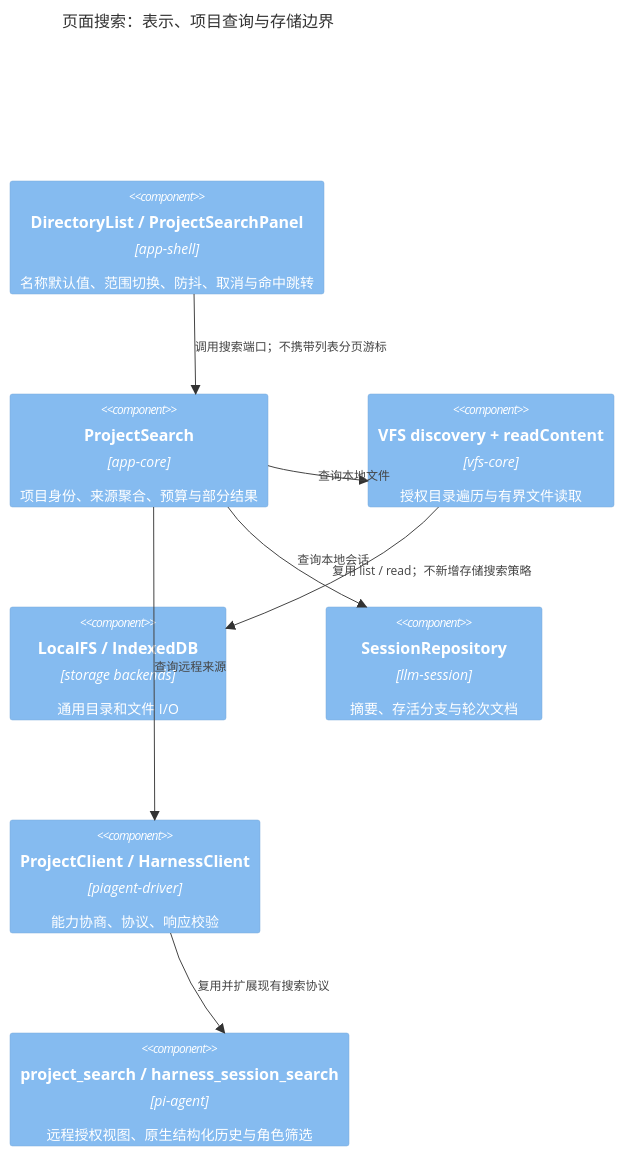
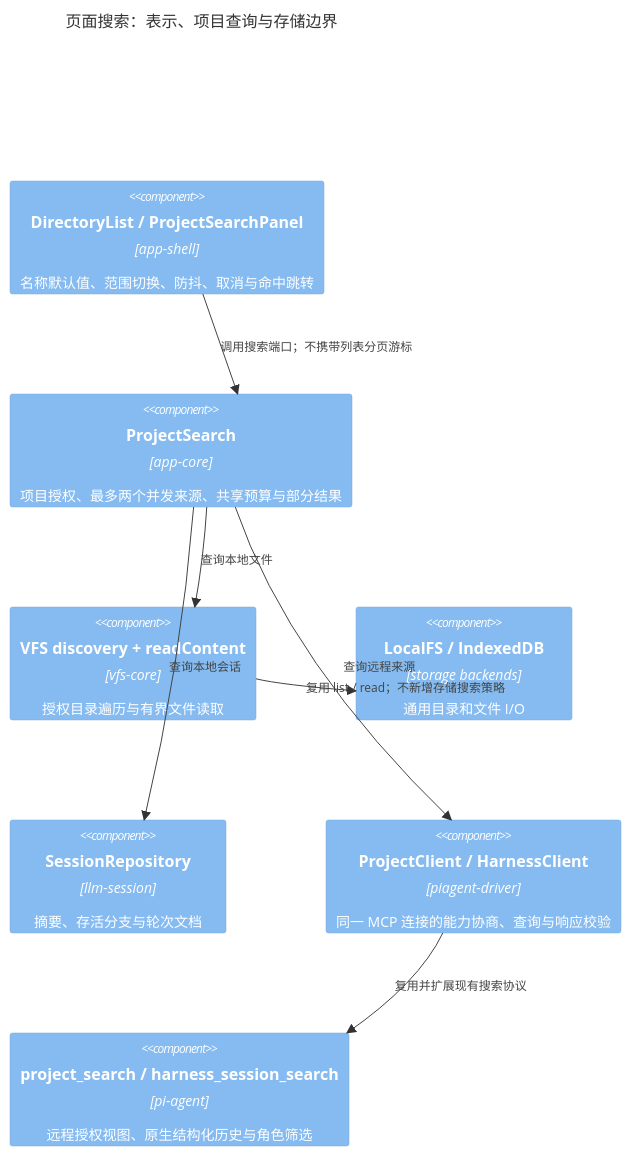
Before and after one commit to mushuanli/NestOS: the fourth of 5 diagrams in doc/design/vfs-session-browser.md, drawn with Mermaid. The commit also changed other lines of this file and 4 other files, not shown here.

Commit message:
fix(search): reuse project transport and share native scan budgets

````diff
--- a/doc/design/vfs-session-browser.md
+++ b/doc/design/vfs-session-browser.md
@@ -393,17 +397,17 @@
 ```mermaid
 C4Component
   title 页面搜索：表示、项目查询与存储边界
   Component(page, "DirectoryList / ProjectSearchPanel", "app-shell", "名称默认值、范围切换、防抖、取消与命中跳转")
-  Component(query, "ProjectSearch", "app-core", "项目身份、来源聚合、预算与部分结果")
+  Component(query, "ProjectSearch", "app-core", "项目授权、最多两个并发来源、共享预算与部分结果")
   Component(files, "VFS discovery + readContent", "vfs-core", "授权目录遍历与有界文件读取")
   Component(store, "LocalFS / IndexedDB", "storage backends", "通用目录和文件 I/O")
   Component(sessions, "SessionRepository", "llm-session", "摘要、存活分支与轮次文档")
-  Component(driver, "ProjectClient / HarnessClient", "piagent-driver", "能力协商、协议、响应校验")
+  Component(driver, "ProjectClient / HarnessClient", "piagent-driver", "同一 MCP 连接的能力协商、查询与响应校验")
   Component(remote, "project_search / harness_session_search", "pi-agent", "远程授权视图、原生结构化历史与角色筛选")
   Rel(page, query, "调用搜索端口；不携带列表分页游标")
   Rel(query, files, "查询本地文件")
   Rel(files, store, "复用 list / read；不新增存储搜索策略")
   Rel(query, sessions, "查询本地会话")
   Rel(query, driver, "查询远程来源")
   Rel(driver, remote, "复用并扩展现有搜索协议")
 ```
````
